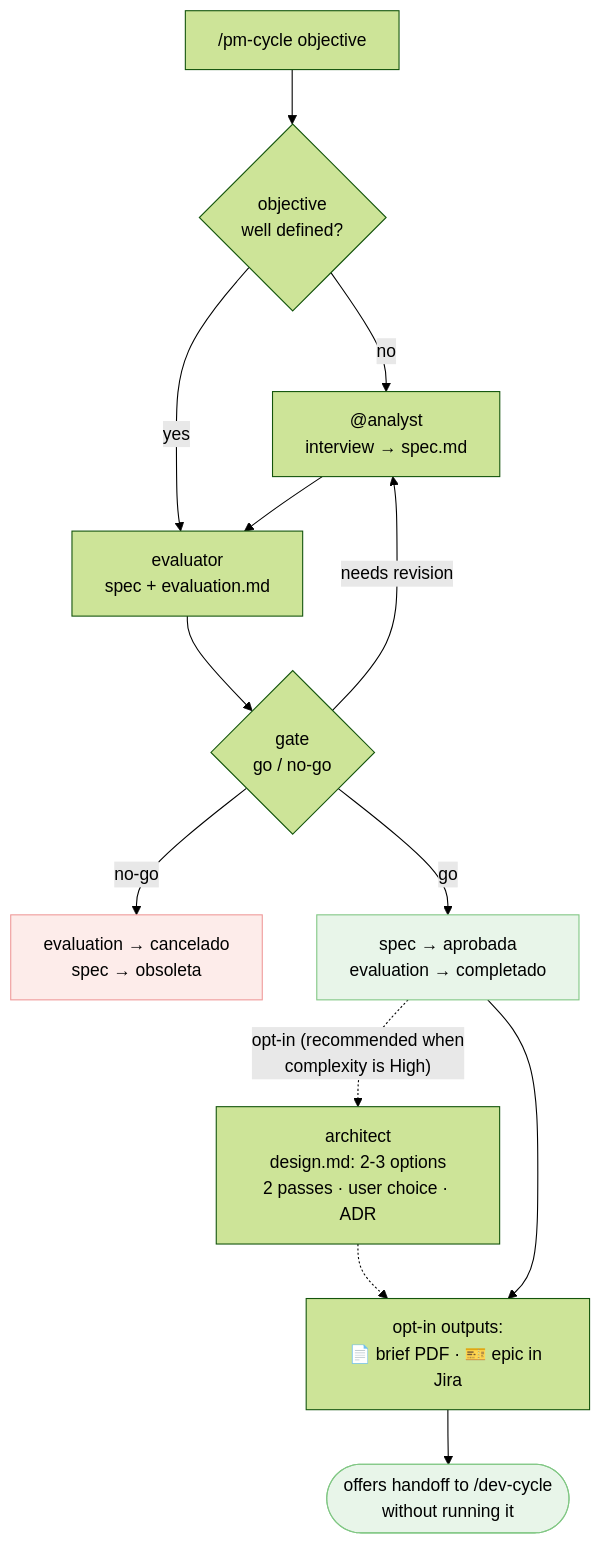
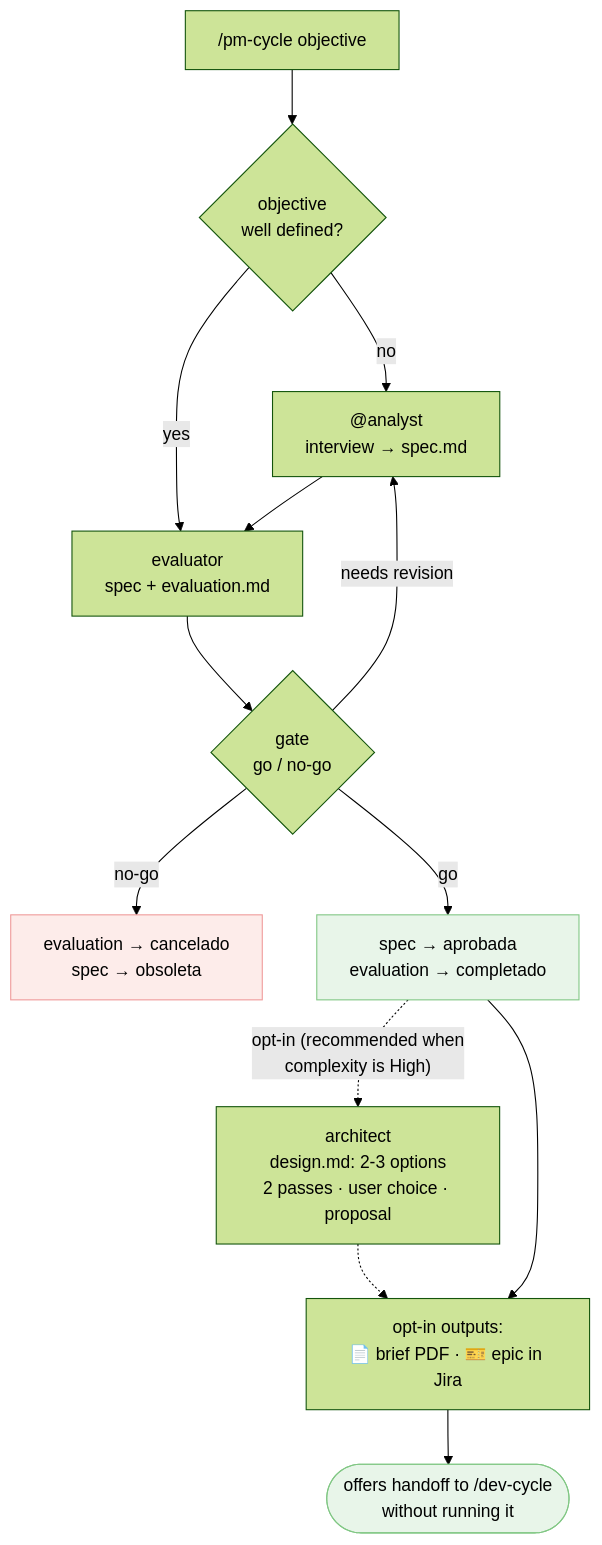
One commit to daycry/custom-agents changed the ninth of 24 diagrams in docs/en/FLOWS.md. Above: the diagram before and after it, drawn with Mermaid (forest theme). The commit also changed other lines of this file and 106 other files, not shown here.

````diff
--- a/docs/en/FLOWS.md
+++ b/docs/en/FLOWS.md
@@ -168,18 +219,18 @@
 ```mermaid
 flowchart TD
     A["/pm-cycle objective"] --> B{"objective<br/>well defined?"}
     B -->|no| C["@analyst<br/>interview → spec.md"]
     B -->|yes| D["evaluator<br/>spec + evaluation.md"]
     C --> D
     D --> E{"gate<br/>go / no-go"}
     E -->|no-go| F["evaluation → cancelado<br/>spec → obsoleta"]
     E -->|needs revision| C
     E -->|go| G["spec → aprobada<br/>evaluation → completado"]
-    G -.->|"opt-in (recommended when<br/>complexity is High)"| AR["architect<br/>design.md: 2-3 options<br/>2 passes · user choice · ADR"]
+    G -.->|"opt-in (recommended when<br/>complexity is High)"| AR["architect<br/>design.md: 2-3 options<br/>2 passes · user choice · proposal"]
     AR -.-> H
     G --> H["opt-in outputs:<br/>📄 brief PDF · 🎫 epic in Jira"]
     H --> I(["offers handoff to /dev-cycle<br/>without running it"])
     style F fill:#fdecea,stroke:#ef9a9a
     style G fill:#e8f5e9,stroke:#81c784
     style I fill:#e8f5e9,stroke:#81c784
 ```
````
